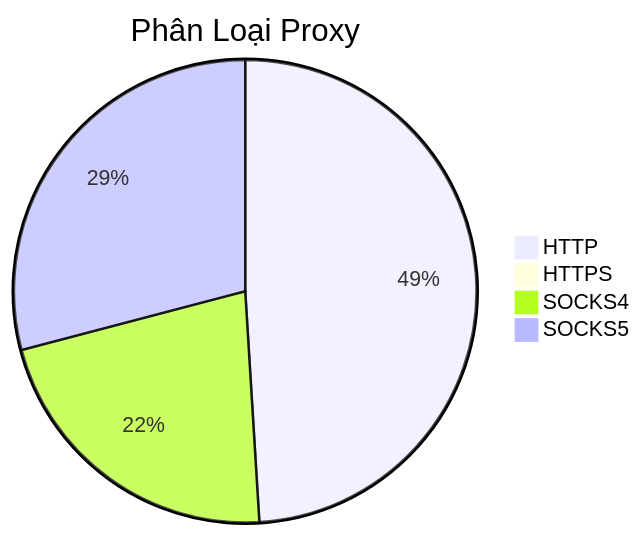
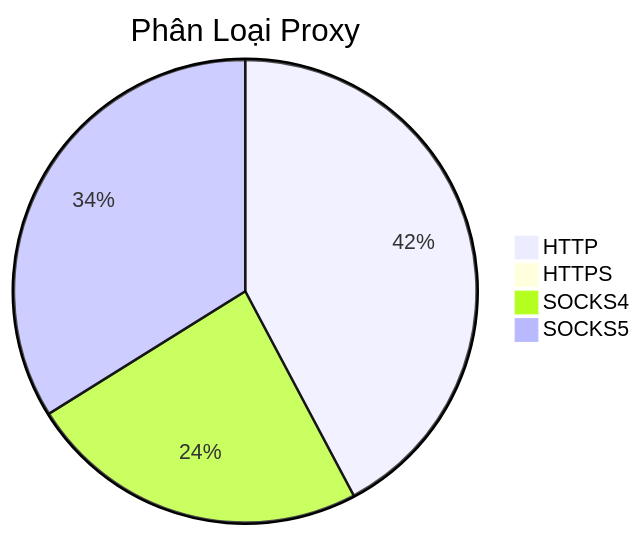
The diagram in README.md (Ciara-12/PROXY-free), drawn with Mermaid before and after one commit. The commit also changed other lines of this file and 4 other files, not shown here.

````diff
--- a/README.md
+++ b/README.md
@@ -26,7 +26,7 @@
 ```mermaid
 pie title Phân Loại Proxy
-    "HTTP" : 755
-    "HTTPS" : 0
-    "SOCKS4" : 337
-    "SOCKS5" : 448
+    "HTTP" : 541
+    "HTTPS" : 1
+    "SOCKS4" : 306
+    "SOCKS5" : 434
 ```
````
